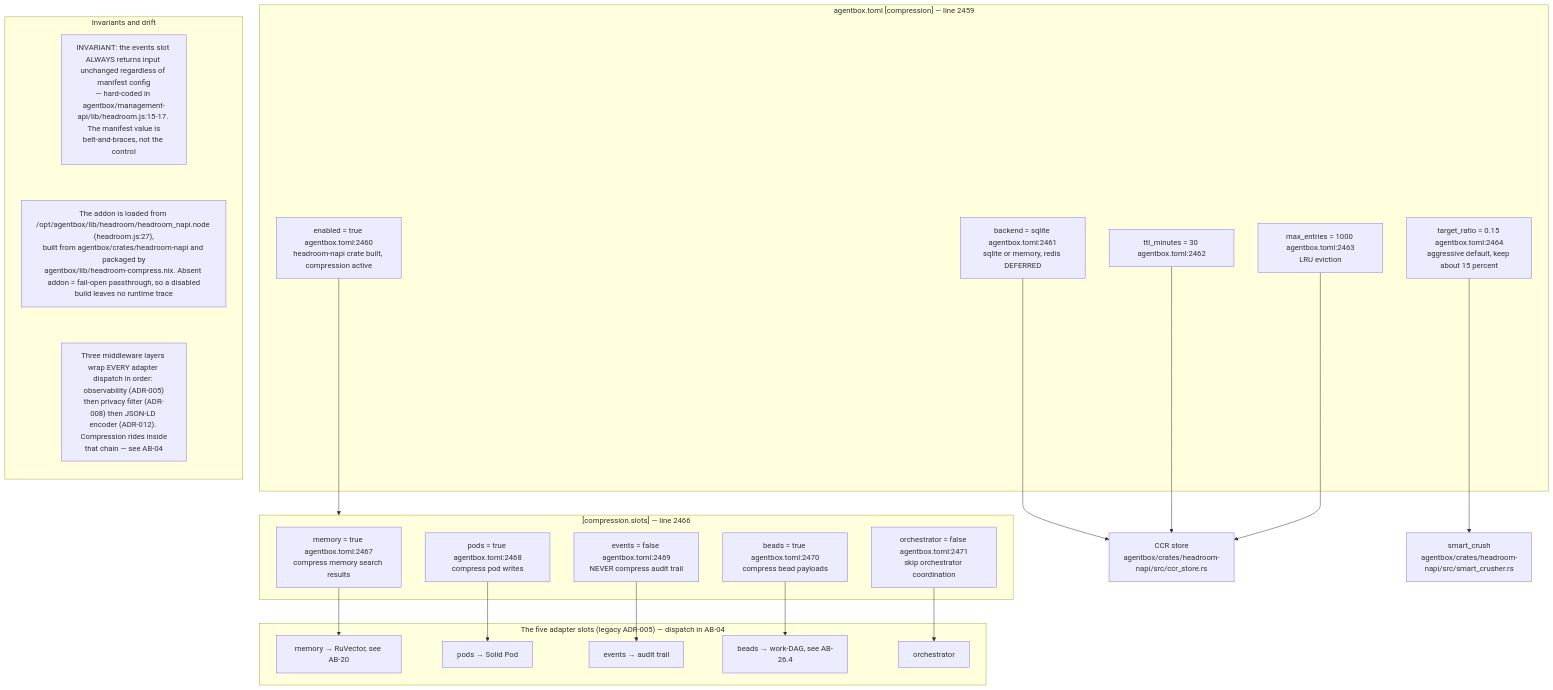
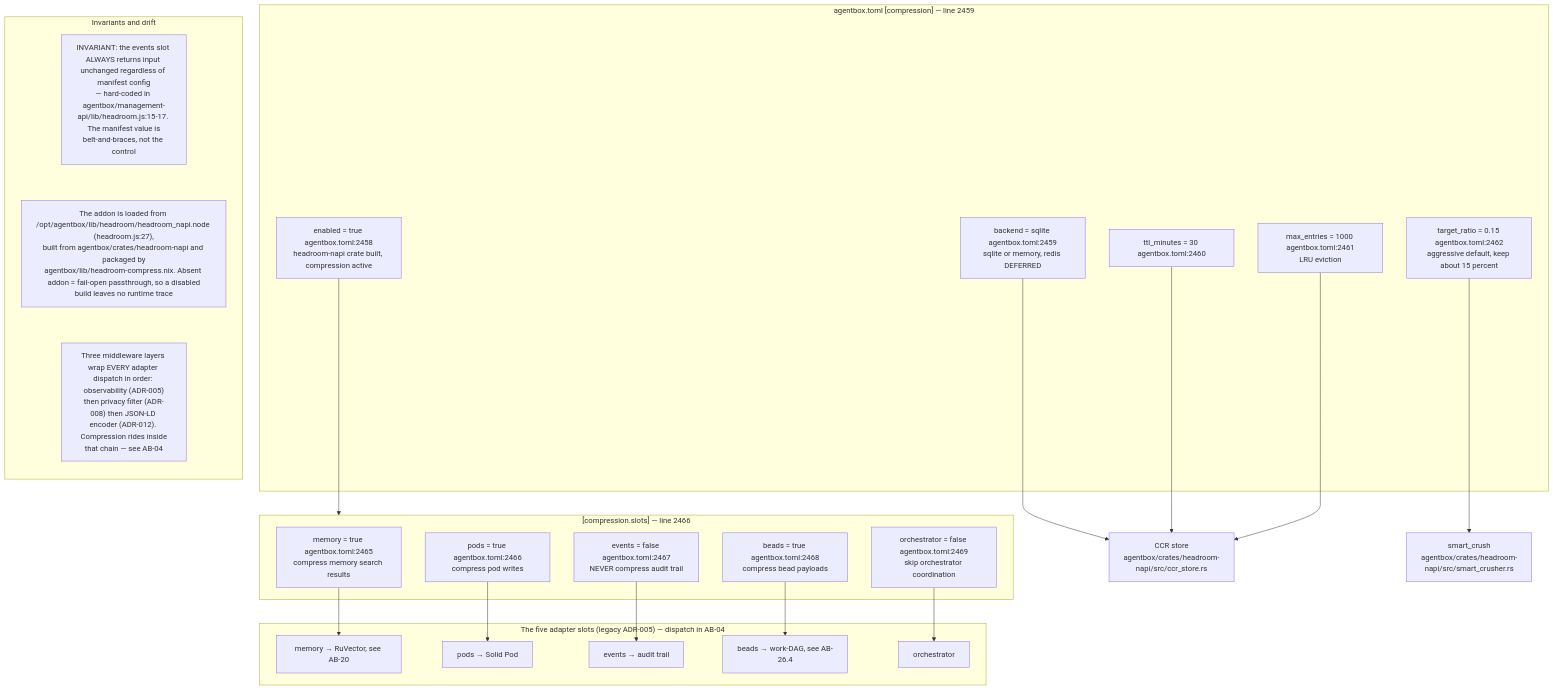
One commit to DreamLab-AI/VisionFlow changed the ninth of 9 diagrams in docs/diagrams/agentbox/26-headroom-beads-spawn-brain.md. Above: the diagram before and after it, drawn with Mermaid. The commit also changed other lines of this file and 145 other files, not shown here.

````diff
--- a/docs/diagrams/agentbox/26-headroom-beads-spawn-brain.md
+++ b/docs/diagrams/agentbox/26-headroom-beads-spawn-brain.md
@@ -367,41 +367,41 @@
 ```mermaid
 flowchart TB
     subgraph man["agentbox.toml [compression] — line 2459"]
-        E["enabled = true agentbox.toml:2460<br/>headroom-napi crate built, compression active"]
-        B["backend = sqlite agentbox.toml:2461<br/>sqlite or memory, redis DEFERRED"]
-        T["ttl_minutes = 30 agentbox.toml:2462"]
-        M["max_entries = 1000 agentbox.toml:2463<br/>LRU eviction"]
-        R["target_ratio = 0.15 agentbox.toml:2464<br/>aggressive default, keep about 15 percent"]
+        E["enabled = true agentbox.toml:2458<br/>headroom-napi crate built, compression active"]
+        B["backend = sqlite agentbox.toml:2459<br/>sqlite or memory, redis DEFERRED"]
+        T["ttl_minutes = 30 agentbox.toml:2460"]
+        M["max_entries = 1000 agentbox.toml:2461<br/>LRU eviction"]
+        R["target_ratio = 0.15 agentbox.toml:2462<br/>aggressive default, keep about 15 percent"]
     end
     subgraph slots["[compression.slots] — line 2466"]
-        S1["memory = true agentbox.toml:2467<br/>compress memory search results"]
-        S2["pods = true agentbox.toml:2468<br/>compress pod writes"]
-        S3["events = false agentbox.toml:2469<br/>NEVER compress audit trail"]
-        S4["beads = true agentbox.toml:2470<br/>compress bead payloads"]
-        S5["orchestrator = false agentbox.toml:2471<br/>skip orchestrator coordination"]
+        S1["memory = true agentbox.toml:2465<br/>compress memory search results"]
+        S2["pods = true agentbox.toml:2466<br/>compress pod writes"]
+        S3["events = false agentbox.toml:2467<br/>NEVER compress audit trail"]
+        S4["beads = true agentbox.toml:2468<br/>compress bead payloads"]
+        S5["orchestrator = false agentbox.toml:2469<br/>skip orchestrator coordination"]
     end
     subgraph adapters["The five adapter slots (legacy ADR-005) — dispatch in AB-04"]
         A1["memory → RuVector, see AB-20"]
         A2["pods → Solid Pod"]
         A3["events → audit trail"]
         A4["beads → work-DAG, see AB-26.4"]
         A5["orchestrator"]
     end
     E --> slots
     S1 --> A1
     S2 --> A2
     S3 --> A3
     S4 --> A4
     S5 --> A5
     B --> CCR["CCR store<br/>agentbox/crates/headroom-napi/src/ccr_store.rs"]
     T --> CCR
     M --> CCR
     R --> SC["smart_crush<br/>agentbox/crates/headroom-napi/src/smart_crusher.rs"]
     subgraph notes["Invariants and drift"]
         direction TB
         N1["INVARIANT: the events slot ALWAYS returns input unchanged regardless of manifest config<br/>— hard-coded in agentbox/management-api/lib/headroom.js:15-17. The manifest value is<br/>belt-and-braces, not the control"]
         N2["The addon is loaded from /opt/agentbox/lib/headroom/headroom_napi.node (headroom.js:27),<br/>built from agentbox/crates/headroom-napi and packaged by<br/>agentbox/lib/headroom-compress.nix. Absent addon = fail-open passthrough, so a disabled<br/>build leaves no runtime trace"]
         N3["Three middleware layers wrap EVERY adapter dispatch in order: observability (ADR-005)<br/>then privacy filter (ADR-008) then JSON-LD encoder (ADR-012). Compression rides inside<br/>that chain — see AB-04"]
         N1 ~~~ N2 ~~~ N3
     end
 ```
````
